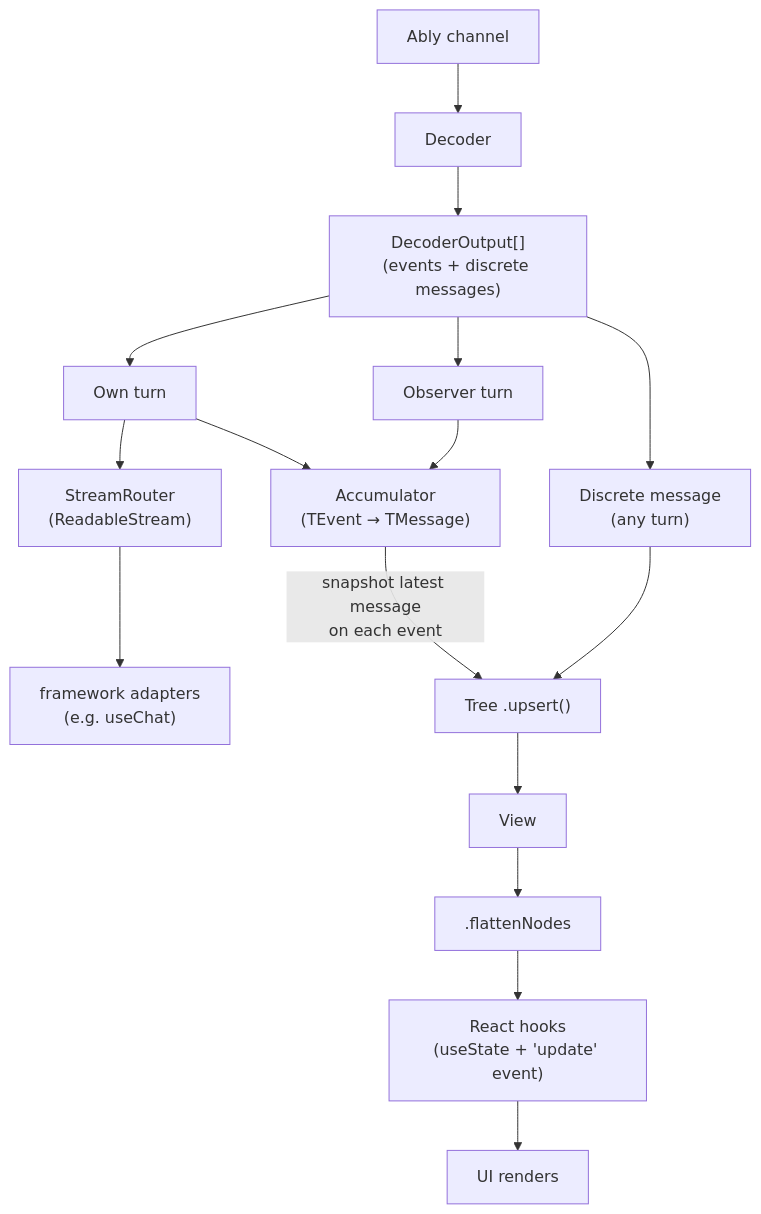
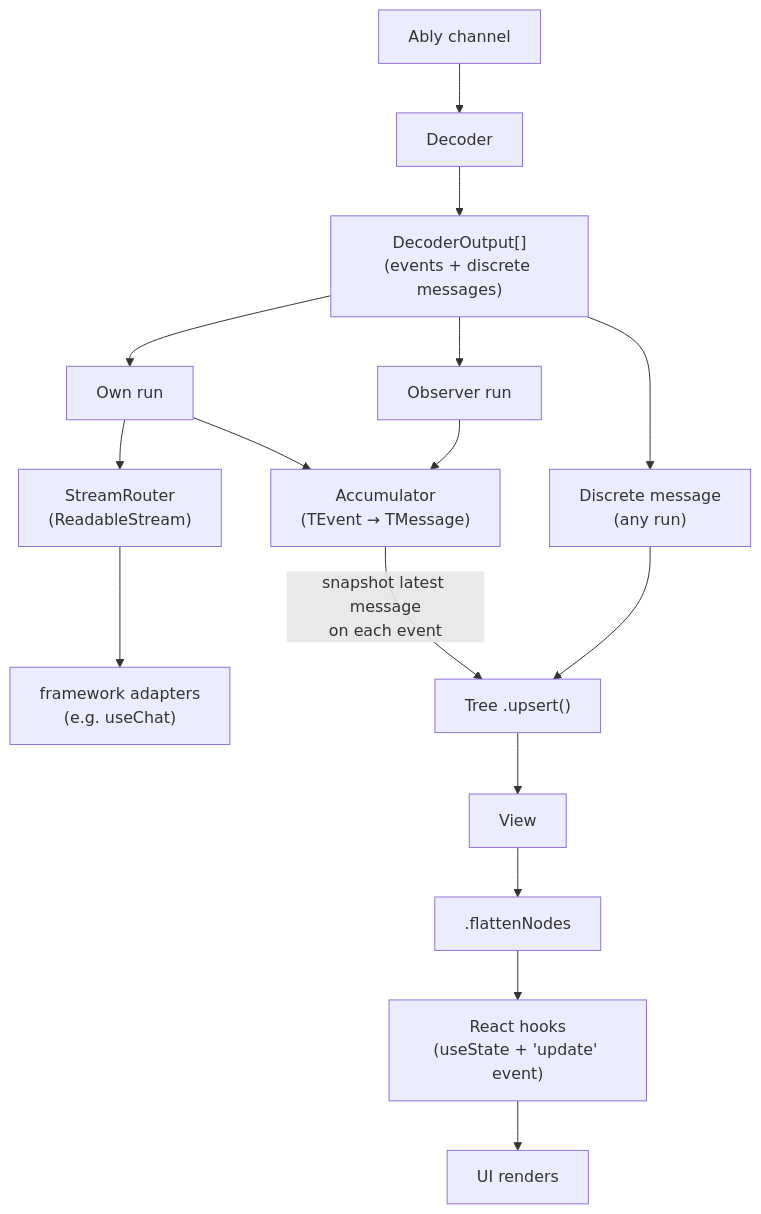
Before and after one commit to ably/ably-ai-transport-js: the diagram in docs/internals/message-lifecycle.md, drawn with Mermaid. The commit also changed other lines of this file and 194 other files, not shown here.

First line of the commit message:
Rename Transport->Session, Turn->Run; add connect(), Invocation

````diff
--- a/docs/internals/message-lifecycle.md
+++ b/docs/internals/message-lifecycle.md
@@ -23,22 +23,22 @@
 ```mermaid
 flowchart TD
     Channel[Ably channel] --> Decoder
     Decoder --> Outputs["DecoderOutput[]<br/>(events + discrete messages)"]
 
-    Outputs --> Own[Own turn]
-    Outputs --> Observer[Observer turn]
-    Outputs --> Discrete["Discrete message<br/>(any turn)"]
+    Outputs --> Own[Own run]
+    Outputs --> Observer[Observer run]
+    Outputs --> Discrete["Discrete message<br/>(any run)"]
 
     Own --> StreamRouter["StreamRouter<br/>(ReadableStream)"]
     Own --> Accumulator["Accumulator<br/>(TEvent → TMessage)"]
     Observer --> Accumulator
 
     Accumulator -- "snapshot latest message<br/>on each event" --> Tree["Tree .upsert()"]
     Discrete --> Tree
 
     Tree --> View[View]
     View --> Flatten[.flattenNodes]
     Flatten --> Hooks["React hooks<br/>(useState + 'update' event)"]
     Hooks --> UI[UI renders]
     StreamRouter --> Adapters["framework adapters<br/>(e.g. useChat)"]
 ```
````
